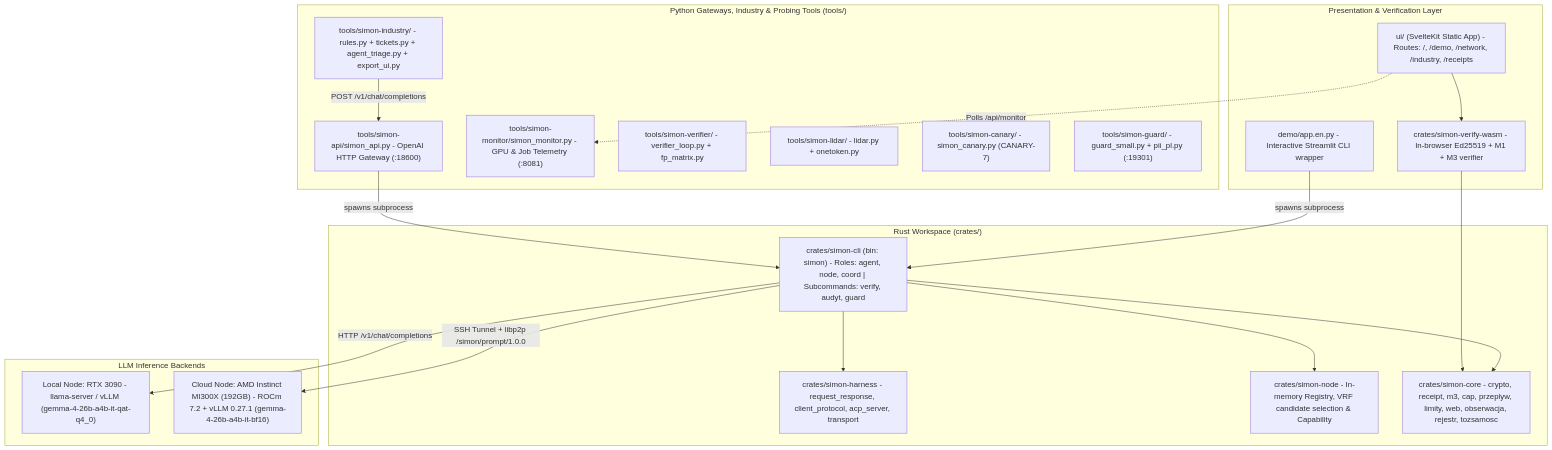
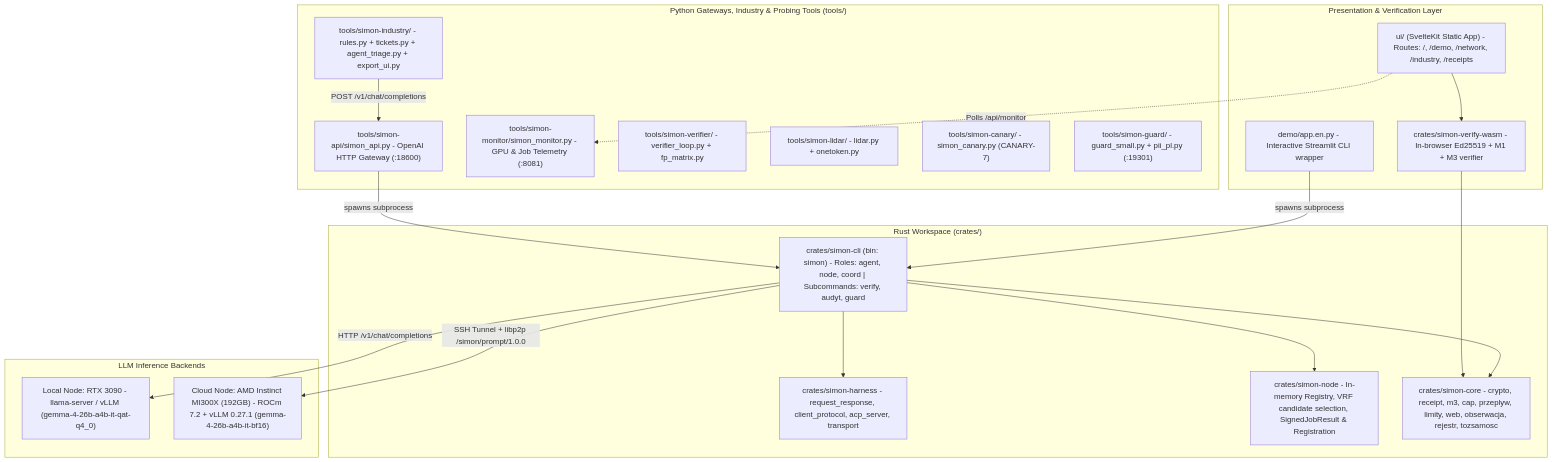
The first of 5 diagrams in 01_ARCHITECTURE_AND_DATA_FLOWS.md (filipzarzynski/SIMPN_ARGON_HANDOWER), drawn with Mermaid before and after one commit. The commit also changed other lines of this file and 8 other files, not shown here.

Commit message:
docs(handover): align roadmap, architecture briefs, and agent orchestrator for Stage 2 completion in PR #9 and Stage 3 readiness off 82baa8e

````diff
--- a/01_ARCHITECTURE_AND_DATA_FLOWS.md
+++ b/01_ARCHITECTURE_AND_DATA_FLOWS.md
@@ -9,42 +9,42 @@
 ```mermaid
 flowchart TB
     subgraph UI_Layer["Presentation & Verification Layer"]
         SvelteUI["ui/ (SvelteKit Static App) - Routes: /, /demo, /network, /industry, /receipts"]
         WASM["crates/simon-verify-wasm - In-browser Ed25519 + M1 + M3 verifier"]
         Streamlit["demo/app.en.py - Interactive Streamlit CLI wrapper"]
     end
 
     subgraph Gateway_Tools["Python Gateways, Industry & Probing Tools (tools/)"]
         Industry["tools/simon-industry/ - rules.py + tickets.py + agent_triage.py + export_ui.py"]
         API["tools/simon-api/simon_api.py - OpenAI HTTP Gateway (:18600)"]
         Monitor["tools/simon-monitor/simon_monitor.py - GPU & Job Telemetry (:8081)"]
         Verifier["tools/simon-verifier/ - verifier_loop.py + fp_matrix.py"]
         Lidar["tools/simon-lidar/ - lidar.py + onetoken.py"]
         Canary["tools/simon-canary/ - simon_canary.py (CANARY-7)"]
         Guard["tools/simon-guard/ - guard_small.py + pii_pl.py (:19301)"]
     end
 
     subgraph Rust_Workspace["Rust Workspace (crates/)"]
         CLI["crates/simon-cli (bin: simon) - Roles: agent, node, coord | Subcommands: verify, audyt, guard"]
         Harness["crates/simon-harness - request_response, client_protocol, acp_server, transport"]
-        NodeReg["crates/simon-node - In-memory Registry, VRF candidate selection & Capability"]
+        NodeReg["crates/simon-node - In-memory Registry, VRF candidate selection, SignedJobResult & Registration"]
         Core["crates/simon-core - crypto, receipt, m3, cap, przeplyw, limity, web, obserwacja, rejestr, tozsamosc"]
     end
 
     subgraph Hardware_Backends["LLM Inference Backends"]
         RTX3090["Local Node: RTX 3090 - llama-server / vLLM (gemma-4-26b-a4b-it-qat-q4_0)"]
         MI300X["Cloud Node: AMD Instinct MI300X (192GB) - ROCm 7.2 + vLLM 0.27.1 (gemma-4-26b-a4b-it-bf16)"]
     end
 
     SvelteUI --> WASM
     WASM --> Core
     SvelteUI -. "Polls /api/monitor" .-> Monitor
     Industry -- "POST /v1/chat/completions" --> API
     API -- "spawns subprocess" --> CLI
     Streamlit -- "spawns subprocess" --> CLI
     CLI --> Harness
     CLI --> NodeReg
     CLI --> Core
     CLI -- "HTTP /v1/chat/completions" --> RTX3090
     CLI -- "SSH Tunnel + libp2p /simon/prompt/1.0.0" --> MI300X
 ```
````
